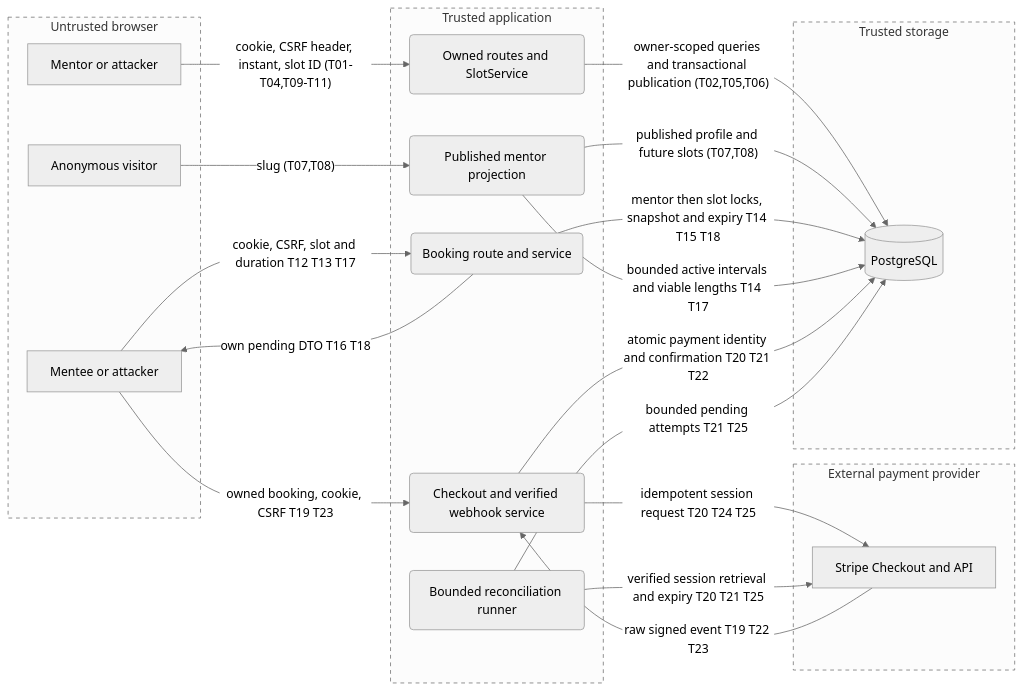
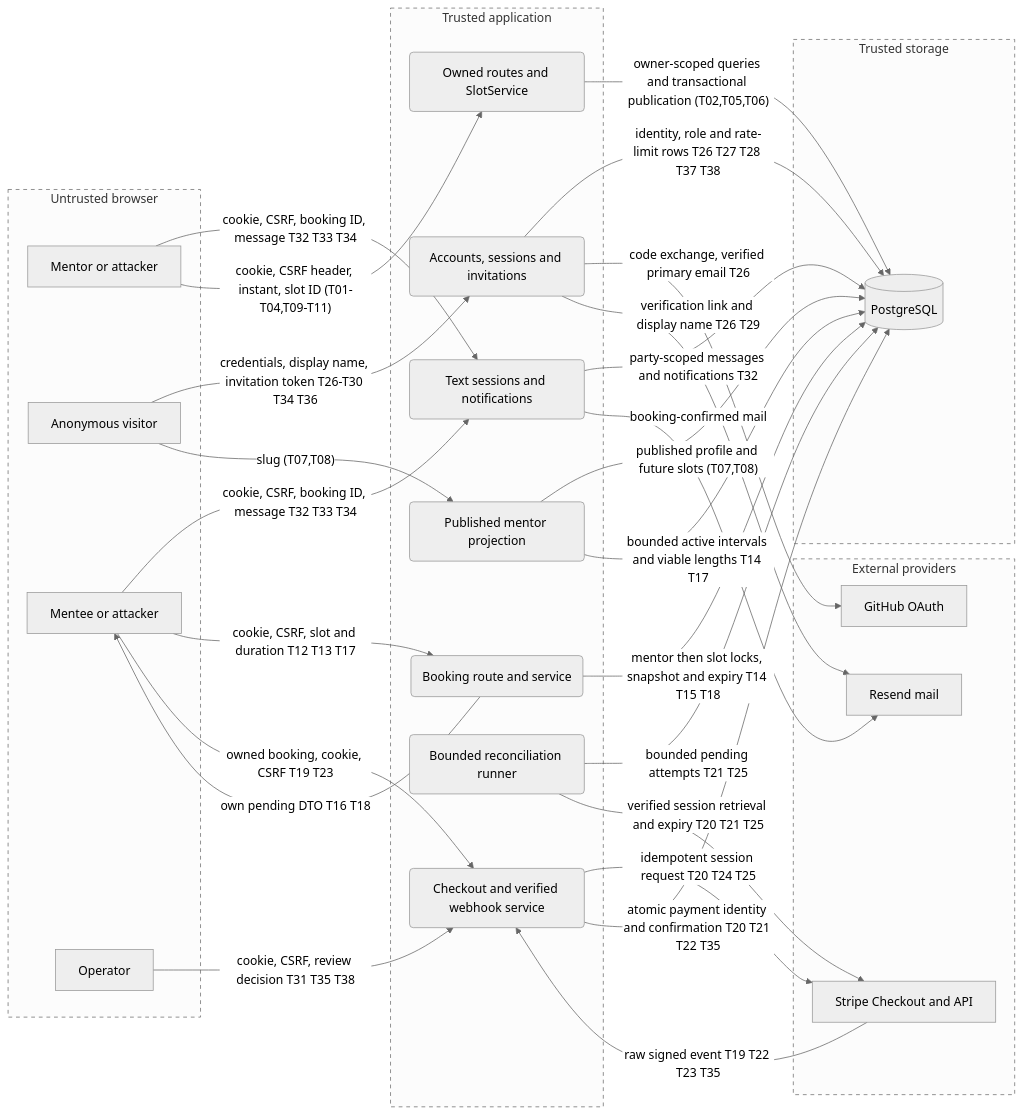
Before and after one commit to warnaa/aitl-mentio: the first of 2 diagrams in docs/security/threat-model.md, drawn with Mermaid (neutral theme). The commit also changed other lines of this file and 5 other files, not shown here.

````diff
--- a/docs/security/threat-model.md
+++ b/docs/security/threat-model.md
@@ -12,37 +12,51 @@
 ```mermaid
 flowchart LR
   subgraph internet [Untrusted browser]
     Mentor[Mentor or attacker]
     Visitor[Anonymous visitor]
     Mentee[Mentee or attacker]
+    Operator[Operator]
   end
   subgraph app [Trusted application]
+    Auth(Accounts, sessions and invitations)
     API(Owned routes and SlotService)
     Public(Published mentor projection)
     Booking(Booking route and service)
     Payments(Checkout and verified webhook service)
     Recovery(Bounded reconciliation runner)
+    Talk(Text sessions and notifications)
   end
-  subgraph provider [External payment provider]
+  subgraph provider [External providers]
     Stripe[Stripe Checkout and API]
+    GitHub[GitHub OAuth]
+    Mail[Resend mail]
   end
   subgraph data [Trusted storage]
     DB[(PostgreSQL)]
   end
+  Visitor -->|"credentials, display name, invitation token T26-T30 T34 T36"| Auth
+  Auth -->|"identity, role and rate-limit rows T26 T27 T28 T37 T38"| DB
+  Auth -->|"code exchange, verified primary email T26"| GitHub
+  Auth -->|"verification link and display name T26 T29"| Mail
+  Operator -->|"cookie, CSRF, review decision T31 T35 T38"| Payments
+  Mentee -->|"cookie, CSRF, booking ID, message T32 T33 T34"| Talk
+  Mentor -->|"cookie, CSRF, booking ID, message T32 T33 T34"| Talk
+  Talk -->|"party-scoped messages and notifications T32"| DB
+  Talk -->|"booking-confirmed mail"| Mail
   Mentor -->|"cookie, CSRF header, instant, slot ID (T01-T04,T09-T11)"| API
   API -->|"owner-scoped queries and transactional publication (T02,T05,T06)"| DB
   Visitor -->|"slug (T07,T08)"| Public
   Public -->|"published profile and future slots (T07,T08)"| DB
   Mentee -->|"cookie, CSRF, slot and duration T12 T13 T17"| Booking
   Booking -->|"mentor then slot locks, snapshot and expiry T14 T15 T18"| DB
   Booking -->|"own pending DTO T16 T18"| Mentee
   Public -->|"bounded active intervals and viable lengths T14 T17"| DB
   Mentee -->|"owned booking, cookie, CSRF T19 T23"| Payments
   Payments -->|"idempotent session request T20 T24 T25"| Stripe
-  Stripe -->|"raw signed event T19 T22 T23"| Payments
-  Payments -->|"atomic payment identity and confirmation T20 T21 T22"| DB
+  Stripe -->|"raw signed event T19 T22 T23 T35"| Payments
+  Payments -->|"atomic payment identity and confirmation T20 T21 T22 T35"| DB
   Recovery -->|"bounded pending attempts T21 T25"| DB
   Recovery -->|"verified session retrieval and expiry T20 T21 T25"| Stripe
   classDef boundary stroke-dasharray: 5 5
   class internet,app,data,provider boundary
 ```
````
